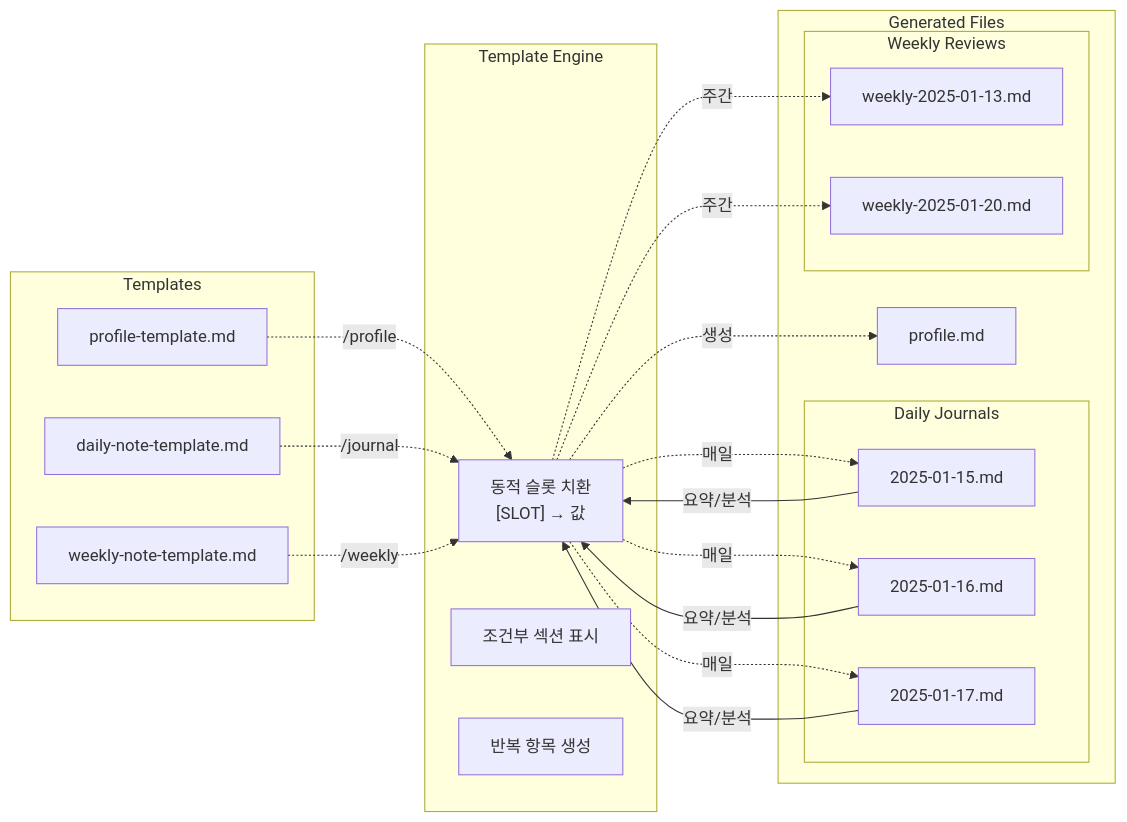
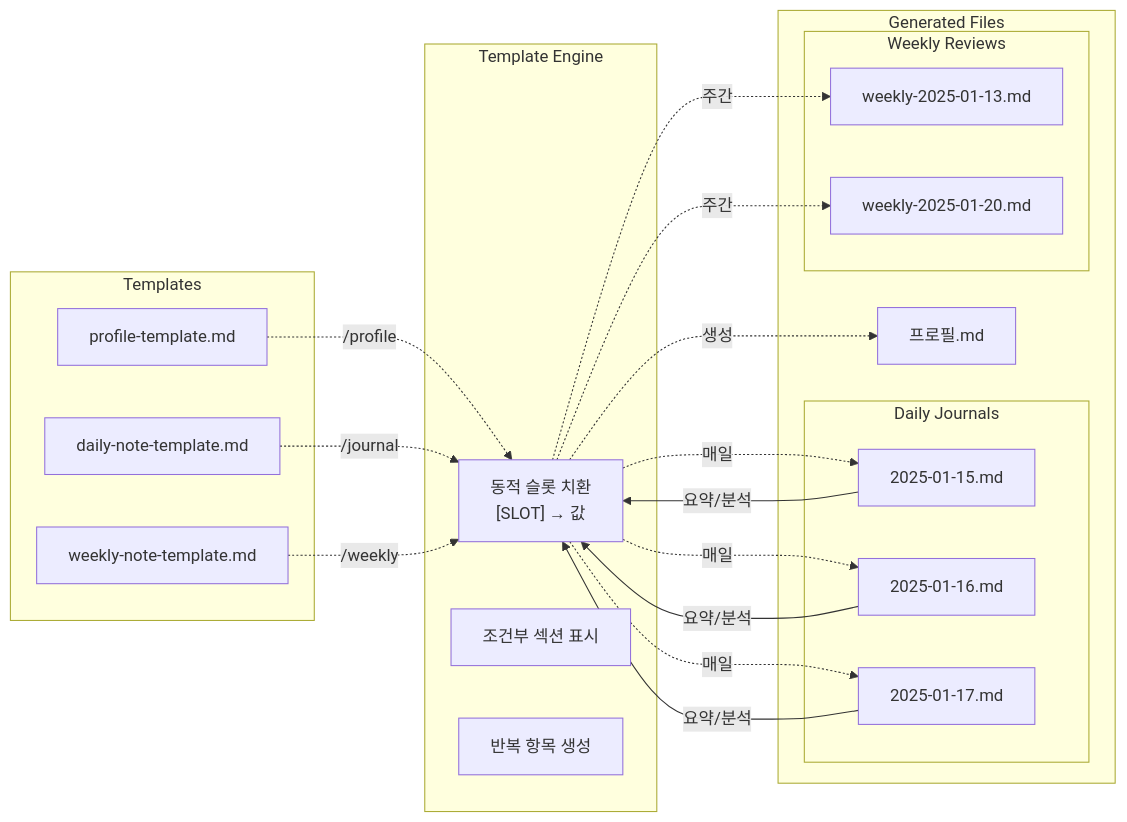
Before and after one commit to hoetaek/reflective-conversational-journal: the third of 4 diagrams in README.md, drawn with Mermaid. The commit also changed other lines of this file and 5 other files, not shown here.

````diff
--- a/README.md
+++ b/README.md
@@ -393,44 +393,44 @@
 ```mermaid
 graph LR
     %% Templates
     subgraph Templates
         PT[profile-template.md]
         DT[daily-note-template.md]
         WT[weekly-note-template.md]
     end
 
     %% Engine
     subgraph Template Engine
         TE[동적 슬롯 치환<br/>#91;SLOT#93; → 값]
         CS[조건부 섹션 표시]
         DI[반복 항목 생성]
     end
 
     %% Outputs
     subgraph Generated Files
-        P[profile.md]
+        P[프로필.md]
         subgraph Daily Journals
             D1[2025-01-15.md]
             D2[2025-01-16.md]
             D3[2025-01-17.md]
         end
         subgraph Weekly Reviews
             W1[weekly-2025-01-13.md]
             W2[weekly-2025-01-20.md]
         end
     end
 
     %% Flow
     PT -.->|/profile| TE
     DT -.->|/journal| TE
     WT -.->|/weekly| TE
 
     TE -.->|생성| P
     TE -.->|매일| D1
     TE -.->|매일| D2
     TE -.->|매일| D3
 
     D1 & D2 & D3 -->|요약/분석| TE
     TE -.->|주간| W1
     TE -.->|주간| W2
 ```
````
